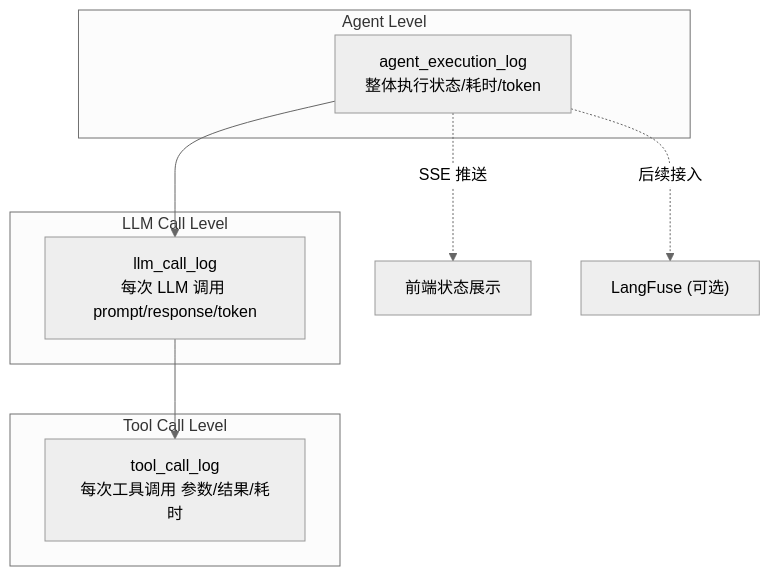
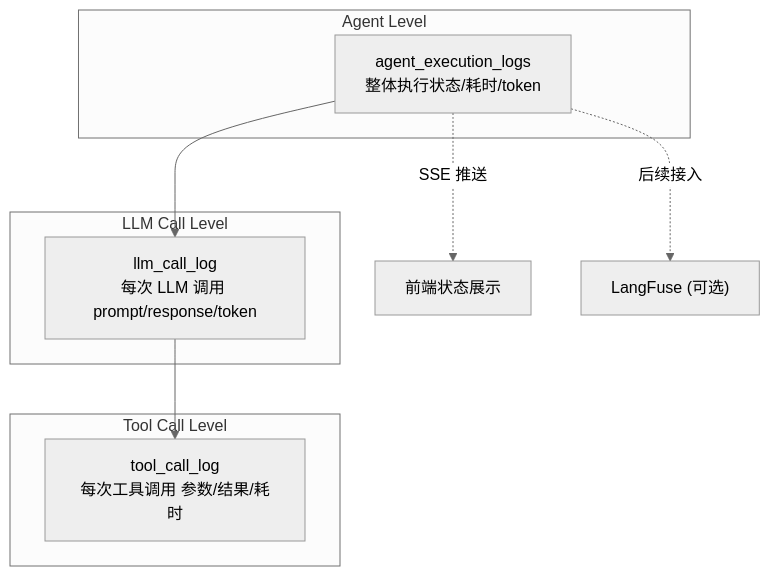
Before and after one commit to cherryni2022/stock_ai_agent: the ninth of 9 diagrams in docs/architecture.md, drawn with Mermaid (neutral theme). The commit also changed other lines of this file and 3 other files, not shown here.

Commit message:
fix architecture and tech design doc

````diff
--- a/docs/architecture.md
+++ b/docs/architecture.md
@@ -438,19 +438,19 @@
 ```mermaid
 graph TD
     subgraph AgentLevel["Agent Level"]
-        A1["agent_execution_log<br/>整体执行状态/耗时/token"]
+        A1["agent_execution_logs<br/>整体执行状态/耗时/token"]
     end
     
     subgraph LLMLevel["LLM Call Level"]
         L1["llm_call_log<br/>每次 LLM 调用 prompt/response/token"]
     end
     
     subgraph ToolLevel["Tool Call Level"]
         T1["tool_call_log<br/>每次工具调用 参数/结果/耗时"]
     end
     
     A1 --> L1 --> T1
     
     A1 -. "SSE 推送" .-> FE["前端状态展示"]
     A1 -. "后续接入" .-> LF["LangFuse (可选)"]
 ```
````
